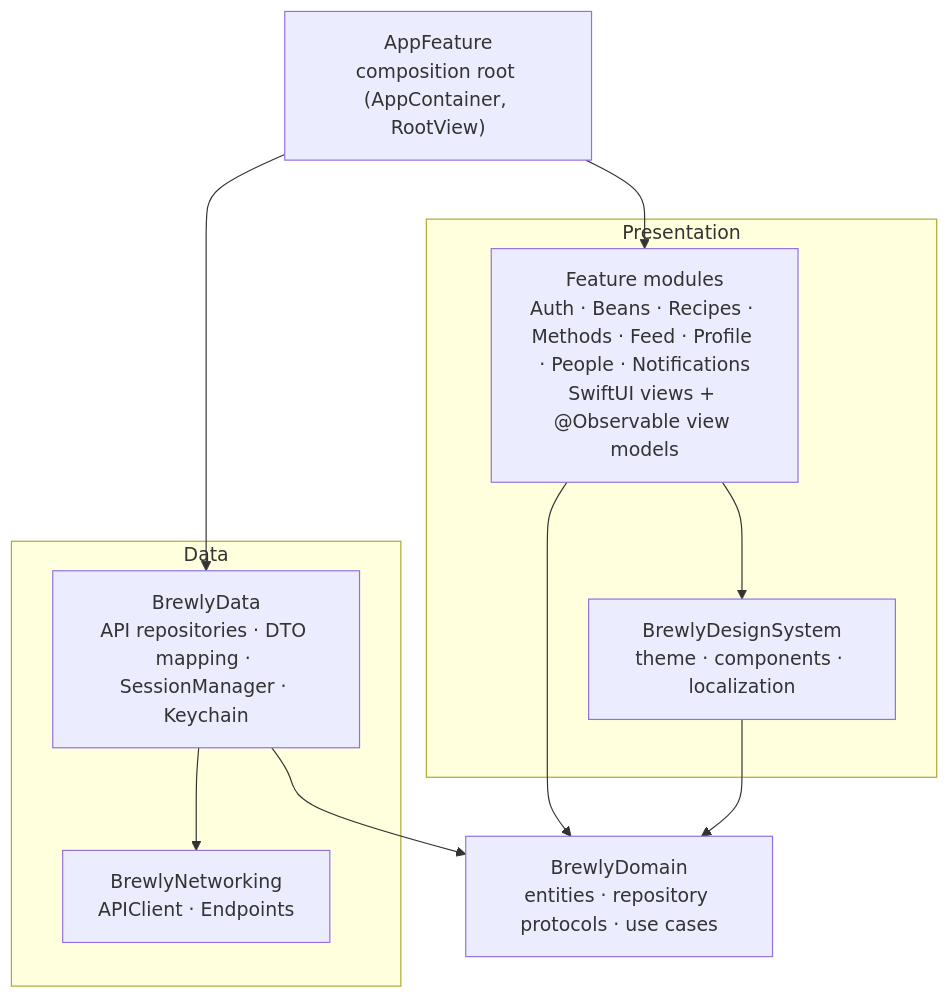
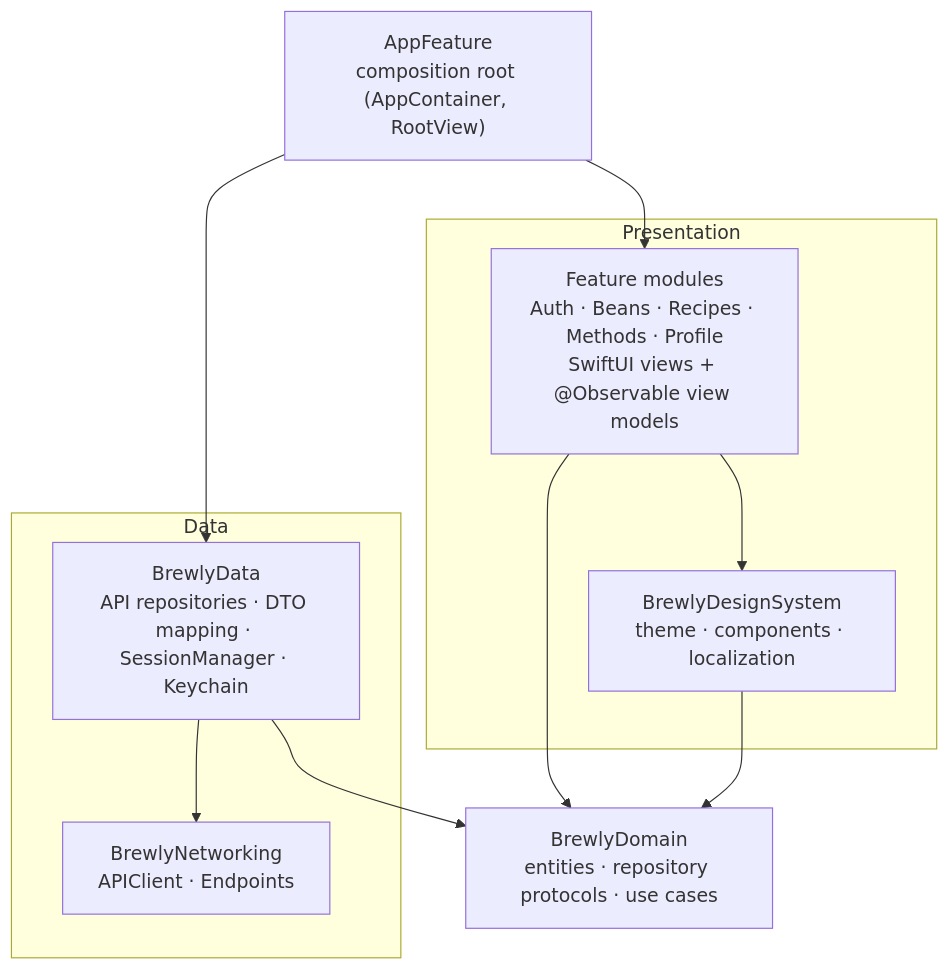
The second of 4 diagrams in docs/architecture.md (CamiloA-17/brewly), drawn with Mermaid before and after one commit. The commit also changed other lines of this file and 8 other files, not shown here.

````diff
--- a/docs/architecture.md
+++ b/docs/architecture.md
@@ -56,21 +57,21 @@
 ```mermaid
 flowchart TD
     subgraph Presentation
-        Features["Feature modules<br/>Auth · Beans · Recipes · Methods · Feed · Profile · People · Notifications<br/>SwiftUI views + @Observable view models"]
+        Features["Feature modules<br/>Auth · Beans · Recipes · Methods · Profile<br/>SwiftUI views + @Observable view models"]
         DS["BrewlyDesignSystem<br/>theme · components · localization"]
     end
     Domain["BrewlyDomain<br/>entities · repository protocols · use cases"]
     subgraph Data
         DataLayer["BrewlyData<br/>API repositories · DTO mapping · SessionManager · Keychain"]
         Net["BrewlyNetworking<br/>APIClient · Endpoints"]
     end
     AppFeature["AppFeature<br/>composition root (AppContainer, RootView)"]
 
     Features --> Domain
     Features --> DS
     DS --> Domain
     DataLayer --> Domain
     DataLayer --> Net
     AppFeature --> Features
     AppFeature --> DataLayer
 ```
````
